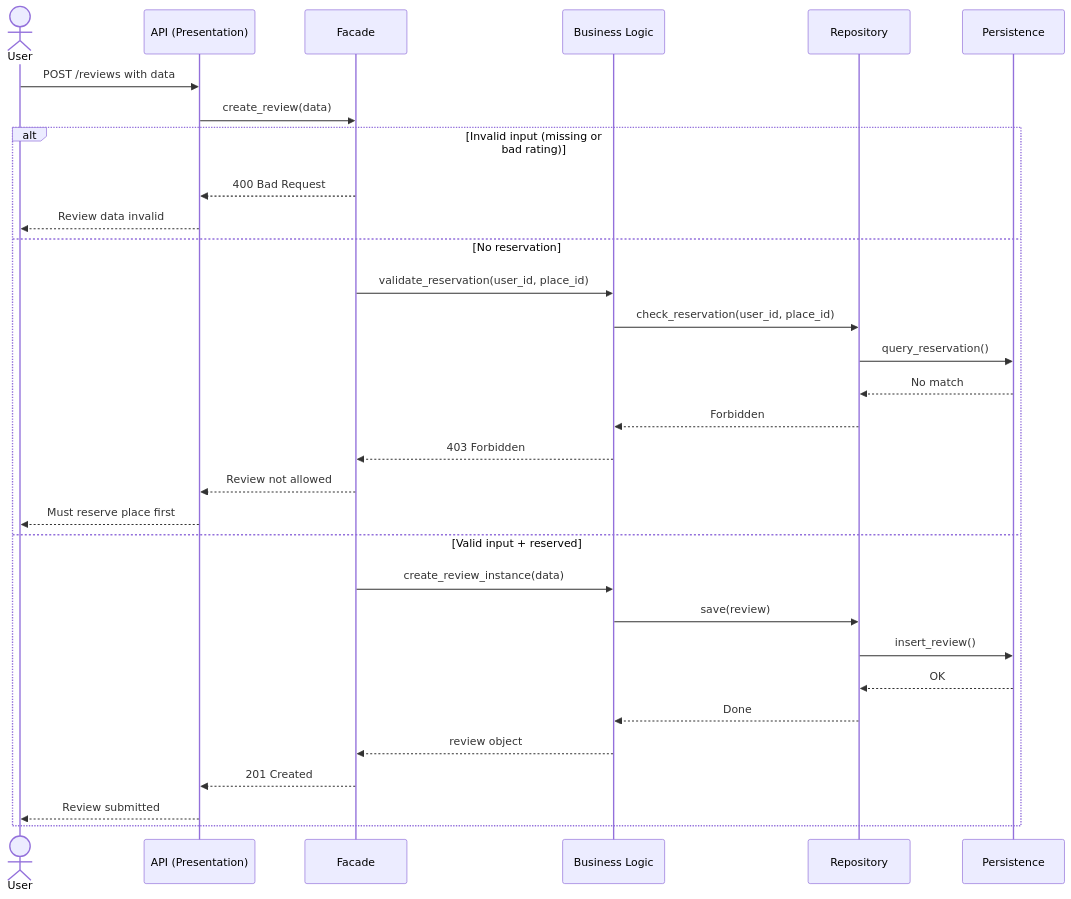
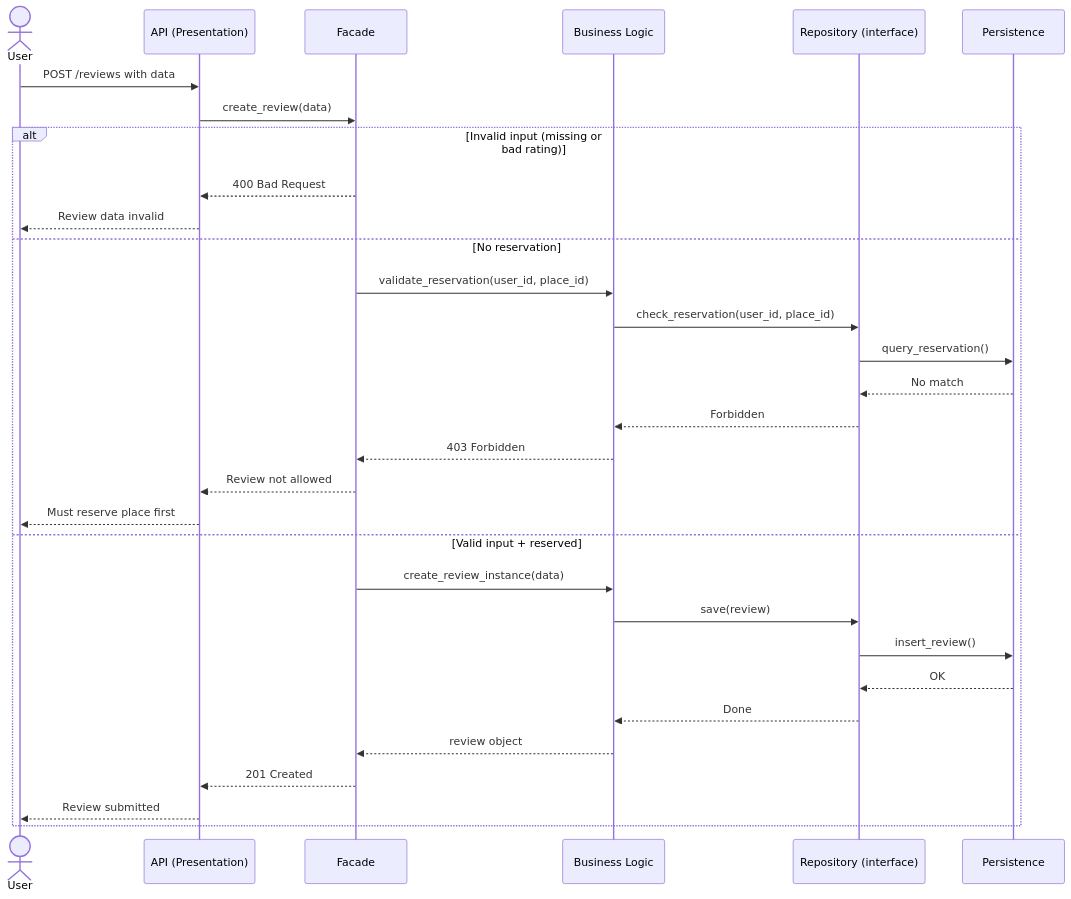
One commit to Ravou/holbertonschool-hbnb changed the diagram in Part1/sequence_review.md. Above: the diagram before and after it, drawn with Mermaid.

Commit message:
add term interface in repository

````diff
--- a/Part1/sequence_review.md
+++ b/Part1/sequence_review.md
@@ -1,35 +1,35 @@
 ```mermaid
 sequenceDiagram
     actor User
     participant API as API (Presentation)
     participant Facade
     participant Logic as Business Logic
-    participant Repo as Repository
+    participant Repo as Repository (interface)
     participant DB as Persistence
 
     User ->> API: POST /reviews with data
     API ->> Facade: create_review(data)
 
     alt Invalid input (missing or bad rating)
         Facade -->> API: 400 Bad Request
         API -->> User: Review data invalid
     else No reservation
         Facade ->> Logic: validate_reservation(user_id, place_id)
         Logic ->> Repo: check_reservation(user_id, place_id)
         Repo ->> DB: query_reservation()
         DB -->> Repo: No match
         Repo -->> Logic: Forbidden
         Logic -->> Facade: 403 Forbidden
         Facade -->> API: Review not allowed
         API -->> User: Must reserve place first
     else Valid input + reserved
         Facade ->> Logic: create_review_instance(data)
         Logic ->> Repo: save(review)
         Repo ->> DB: insert_review()
         DB -->> Repo: OK
         Repo -->> Logic: Done
         Logic -->> Facade: review object
         Facade -->> API: 201 Created
         API -->> User: Review submitted
     end
 ```
````
